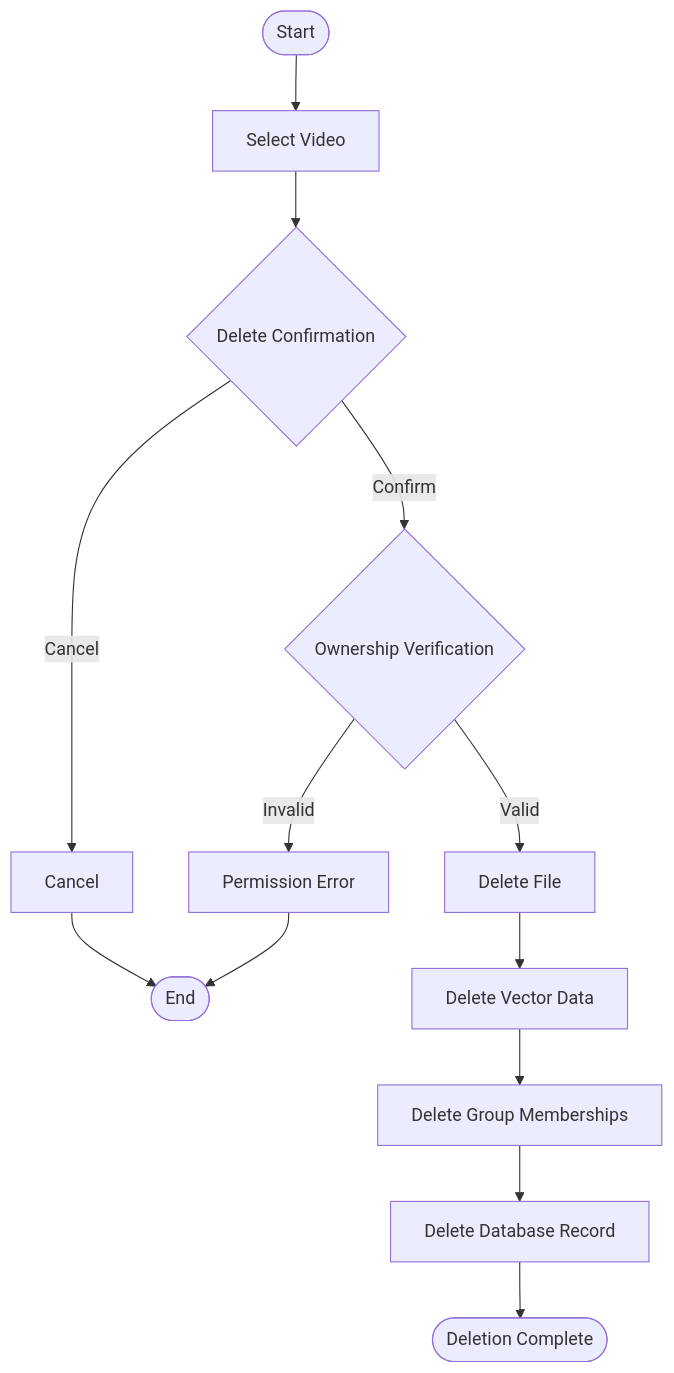
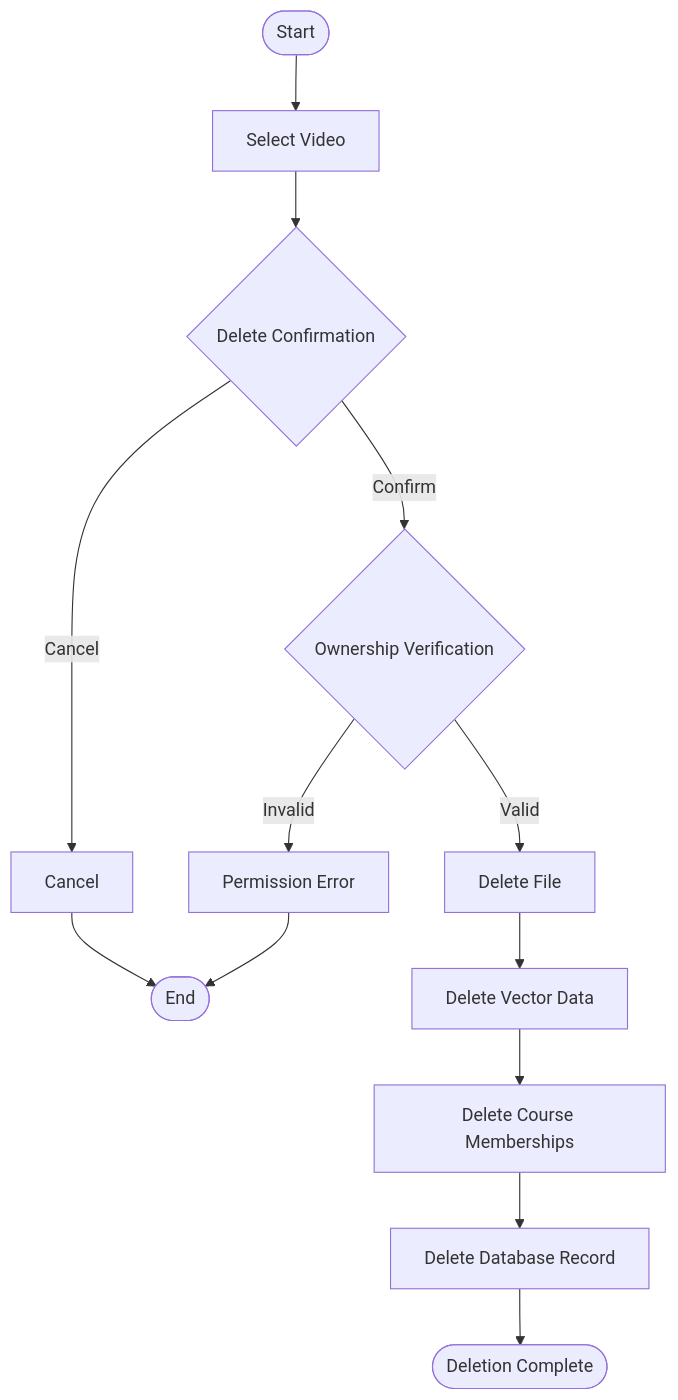
One commit to yukiharada1228/videoq changed the seventh of 10 diagrams in docs/architecture/bpmn.md. Above: the diagram before and after it, drawn with Mermaid. The commit also changed other lines of this file and 140 other files, not shown here.

````diff
--- a/docs/architecture/bpmn.md
+++ b/docs/architecture/bpmn.md
@@ -233,15 +233,15 @@
 ```mermaid
 flowchart TD
     Start([Start]) --> SelectVideo[Select Video]
     SelectVideo --> ConfirmDelete{Delete Confirmation}
     ConfirmDelete -->|Cancel| Cancel[Cancel]
     Cancel --> End([End])
     ConfirmDelete -->|Confirm| ValidateOwnership{Ownership Verification}
     ValidateOwnership -->|Invalid| Reject[Permission Error]
     Reject --> End
     ValidateOwnership -->|Valid| DeleteFile[Delete File]
     DeleteFile --> DeleteVectors[Delete Vector Data]
-    DeleteVectors --> DeleteMemberships[Delete Group Memberships]
+    DeleteVectors --> DeleteMemberships[Delete Course Memberships]
     DeleteMemberships --> DeleteRecord[Delete Database Record]
     DeleteRecord --> Complete([Deletion Complete])
 ```
````
